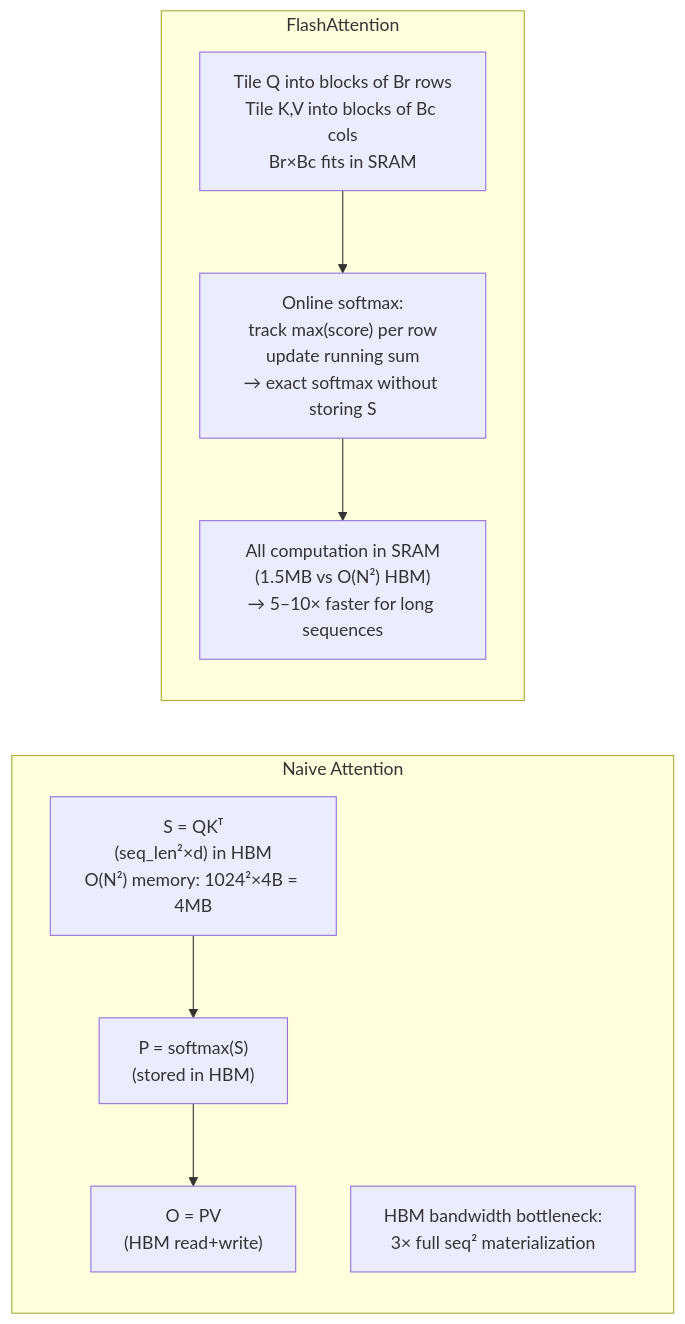
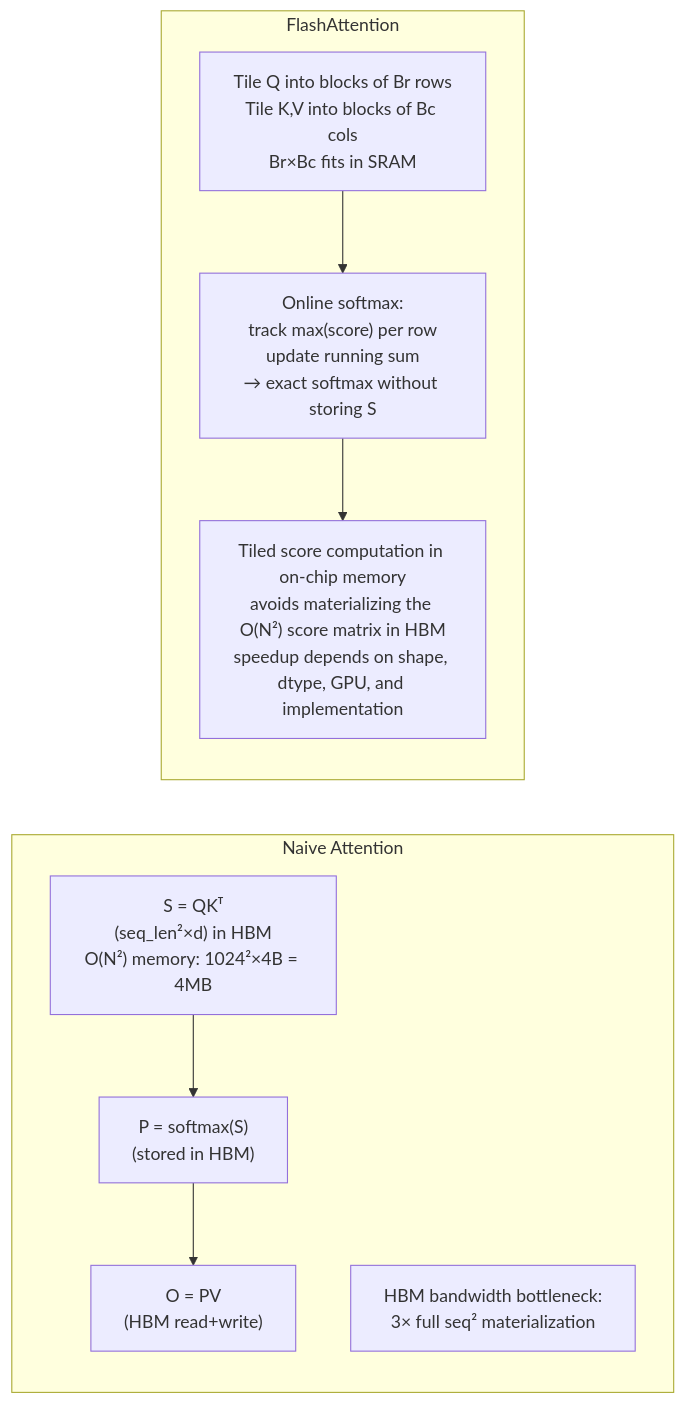
The seventh of 24 diagrams in content/docs/books/cs-reference/ko/ml-ai-internals.md (choisimo/document), drawn with Mermaid before and after one commit. The commit also changed other lines of this file and 504 other files, not shown here.

````diff
--- a/content/docs/books/cs-reference/ko/ml-ai-internals.md
+++ b/content/docs/books/cs-reference/ko/ml-ai-internals.md
@@ -159,17 +161,17 @@
 ```mermaid
 flowchart LR
     subgraph "Naive Attention"
         S["S = QKᵀ\n(seq_len²×d) in HBM\nO(N²) memory: 1024²×4B = 4MB"]
         P["P = softmax(S)\n(stored in HBM)"]
         O["O = PV\n(HBM read+write)"]
         S --> P --> O
         Note1["HBM bandwidth bottleneck:\n3× full seq² materialization"]
     end
 
     subgraph "FlashAttention"
         Tiles["Tile Q into blocks of Br rows\nTile K,V into blocks of Bc cols\nBr×Bc fits in SRAM"]
         Online["Online softmax:\ntrack max(score) per row\nupdate running sum\n→ exact softmax without storing S"]
-        SRAM["All computation in SRAM\n(1.5MB vs O(N²) HBM)\n→ 5–10× faster for long sequences"]
+        SRAM["Tiled score computation in on-chip memory\navoids materializing the O(N²) score matrix in HBM\nspeedup depends on shape, dtype, GPU, and implementation"]
         Tiles --> Online --> SRAM
     end
 ```
````
